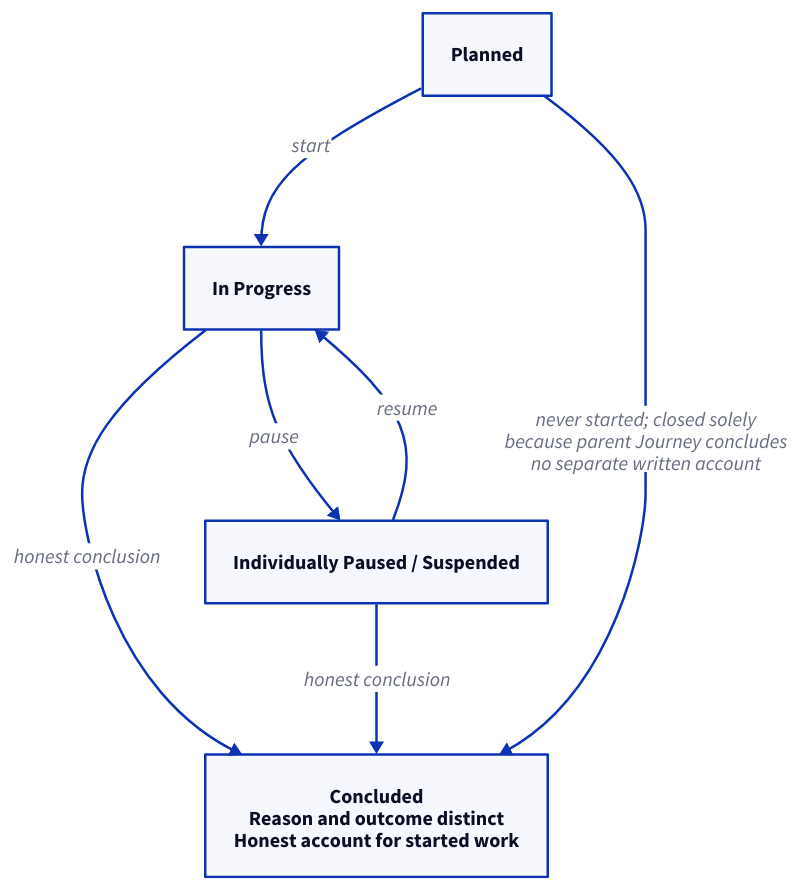
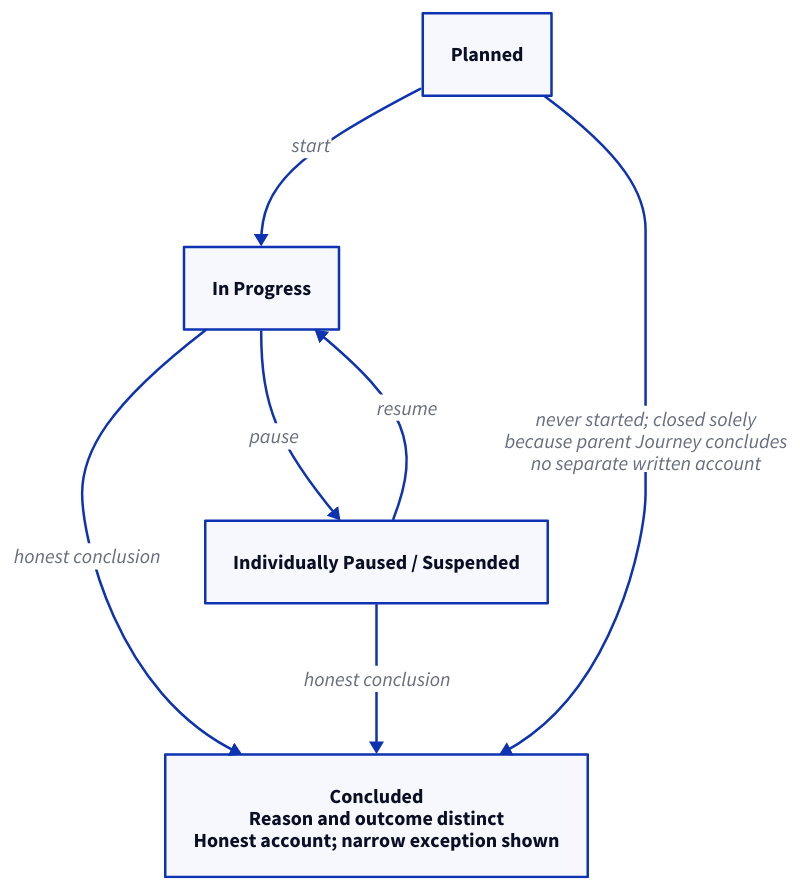
One commit to omchavan-jp/veervrat-app changed the diagram in product-design/04-practice-model/diagrams/undertaking-lifecycle.d2. Above: the diagram before and after it, drawn with D2. The commit also changed 3 other files, not shown here.

```diff
--- a/product-design/04-practice-model/diagrams/undertaking-lifecycle.d2
+++ b/product-design/04-practice-model/diagrams/undertaking-lifecycle.d2
@@ -1,12 +1,12 @@
 # Selected projection of PD-017. Reasons and outcomes are not lifecycle states.
 direction: down
 planned: "Planned" {class: platform}
 progress: "In Progress" {class: core}
 paused: "Individually Paused / Suspended" {class: process}
-concluded: "Concluded\nReason and outcome distinct\nHonest account for started work" {class: platform}
+concluded: "Concluded\nReason and outcome distinct\nHonest account; narrow exception shown" {class: platform}
 planned -> progress: "start" {class: progression}
 progress -> paused: "pause" {class: support}
 paused -> progress: "resume" {class: support}
 progress -> concluded: "honest conclusion" {class: progression}
 paused -> concluded: "honest conclusion" {class: support}
 planned -> concluded: "never started; closed solely\nbecause parent Journey concludes\nno separate written account" {class: support}
```
